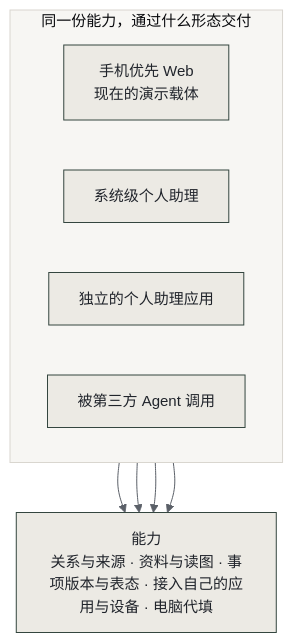
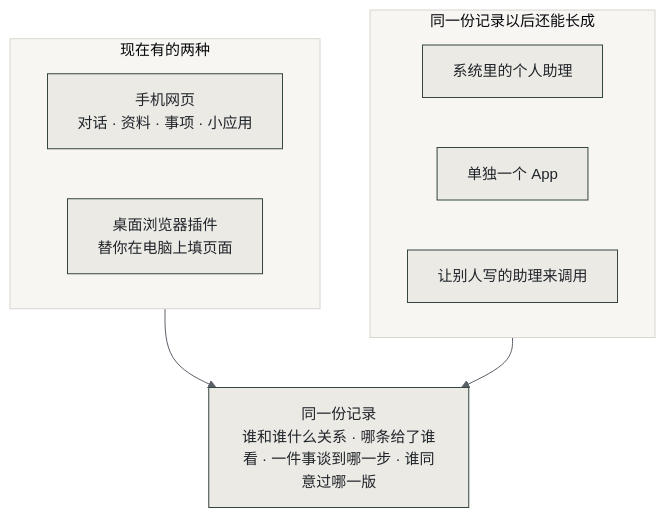
One commit to larisfavour-lang/personal-ai-hackathon changed the first of 4 diagrams in README.md. Above: the diagram before and after it, drawn with Mermaid. The commit also changed other lines of this file and 1 other file, not shown here.

````diff
--- a/README.md
+++ b/README.md
@@ -39,16 +39,18 @@
 ```mermaid
 %%{init: {"theme":"base","themeVariables":{"background":"#f7f6f3","mainBkg":"#eceae4","primaryColor":"#eceae4","primaryTextColor":"#20242b","primaryBorderColor":"#34463f","secondaryColor":"#eef1ee","secondaryBorderColor":"#8a9a92","tertiaryColor":"#f7f6f3","tertiaryBorderColor":"#d9d6cf","lineColor":"#5b6068","textColor":"#20242b","fontFamily":"PingFang SC, Microsoft YaHei, sans-serif","fontSize":"15px","clusterBkg":"#f7f6f3","clusterBorder":"#d9d6cf","edgeLabelBackground":"#f7f6f3","nodeBorder":"#34463f","actorBkg":"#eceae4","actorBorder":"#34463f","actorTextColor":"#20242b","signalColor":"#5b6068","signalTextColor":"#20242b","noteBkgColor":"#eef1ee","noteTextColor":"#20242b","noteBorderColor":"#8a9a92","labelBoxBkgColor":"#eceae4","labelBoxBorderColor":"#34463f","labelTextColor":"#20242b","sequenceNumberColor":"#f7f6f3","activationBkgColor":"#eef1ee","activationBorderColor":"#8a9a92"}}}%%
 flowchart TB
-  subgraph FORM["同一份能力，通过什么形态交付"]
+  subgraph NOW["现在有的两种"]
     direction LR
-    F1["手机优先 Web<br/>现在的演示载体"]
-    F2["系统级个人助理"]
-    F3["独立的个人助理应用"]
-    F4["被第三方 Agent 调用"]
+    W["手机网页<br/>对话 · 资料 · 事项 · 小应用"]
+    EXT["桌面浏览器插件<br/>替你在电脑上填页面"]
   end
-  CAP["能力<br/>关系与来源 · 资料与读图 · 事项版本与表态 · 接入自己的应用与设备 · 电脑代填"]
-  F1 --> CAP
-  F2 --> CAP
-  F3 --> CAP
-  F4 --> CAP
+  subgraph LATER["同一份记录以后还能长成"]
+    direction LR
+    S1["系统里的个人助理"]
+    S2["单独一个 App"]
+    S3["让别人写的助理来调用"]
+  end
+  DATA["同一份记录<br/>谁和谁什么关系 · 哪条给了谁看 · 一件事谈到哪一步 · 谁同意过哪一版"]
+  NOW --> DATA
+  LATER --> DATA
 ```
````
